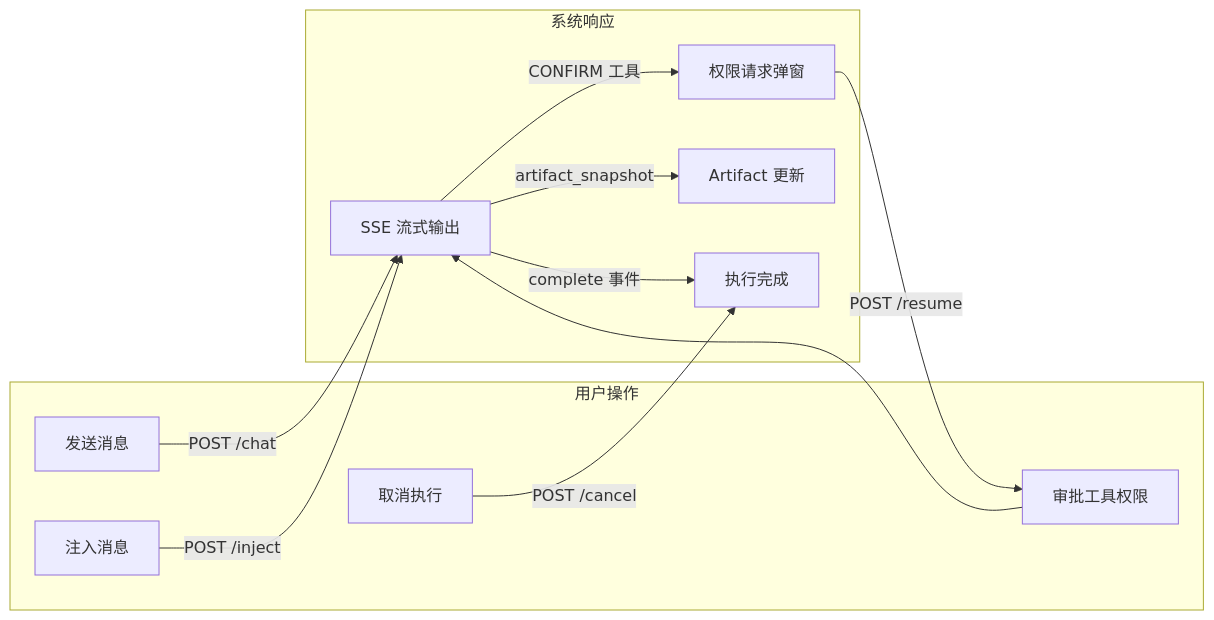
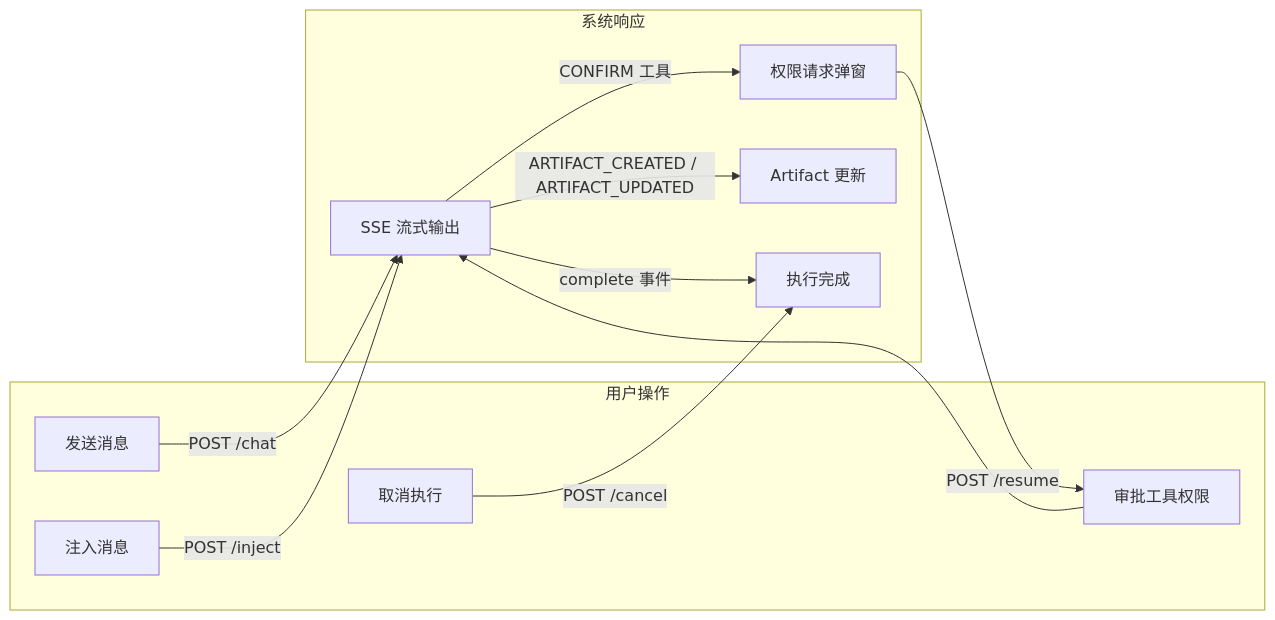
One commit to Neutrino1998/artifact-flow changed the fourth of 4 diagrams in docs/architecture/overview.md. Above: the diagram before and after it, drawn with Mermaid. The commit also changed other lines of this file and 10 other files, not shown here.

````diff
--- a/docs/architecture/overview.md
+++ b/docs/architecture/overview.md
@@ -153,25 +153,25 @@
 ```mermaid
 graph LR
     subgraph 用户操作
         Send[发送消息]
         Approve[审批工具权限]
         Inject[注入消息]
         Cancel[取消执行]
     end
 
     subgraph 系统响应
         Stream[SSE 流式输出]
         PermReq[权限请求弹窗]
         Artifact[Artifact 更新]
         Complete[执行完成]
     end
 
     Send -->|POST /chat| Stream
     Stream -->|CONFIRM 工具| PermReq
     PermReq -->|POST /resume| Approve
     Approve --> Stream
     Inject -->|POST /inject| Stream
     Cancel -->|POST /cancel| Complete
-    Stream -->|artifact_snapshot| Artifact
+    Stream -->|ARTIFACT_CREATED / ARTIFACT_UPDATED| Artifact
     Stream -->|complete 事件| Complete
 ```
````
